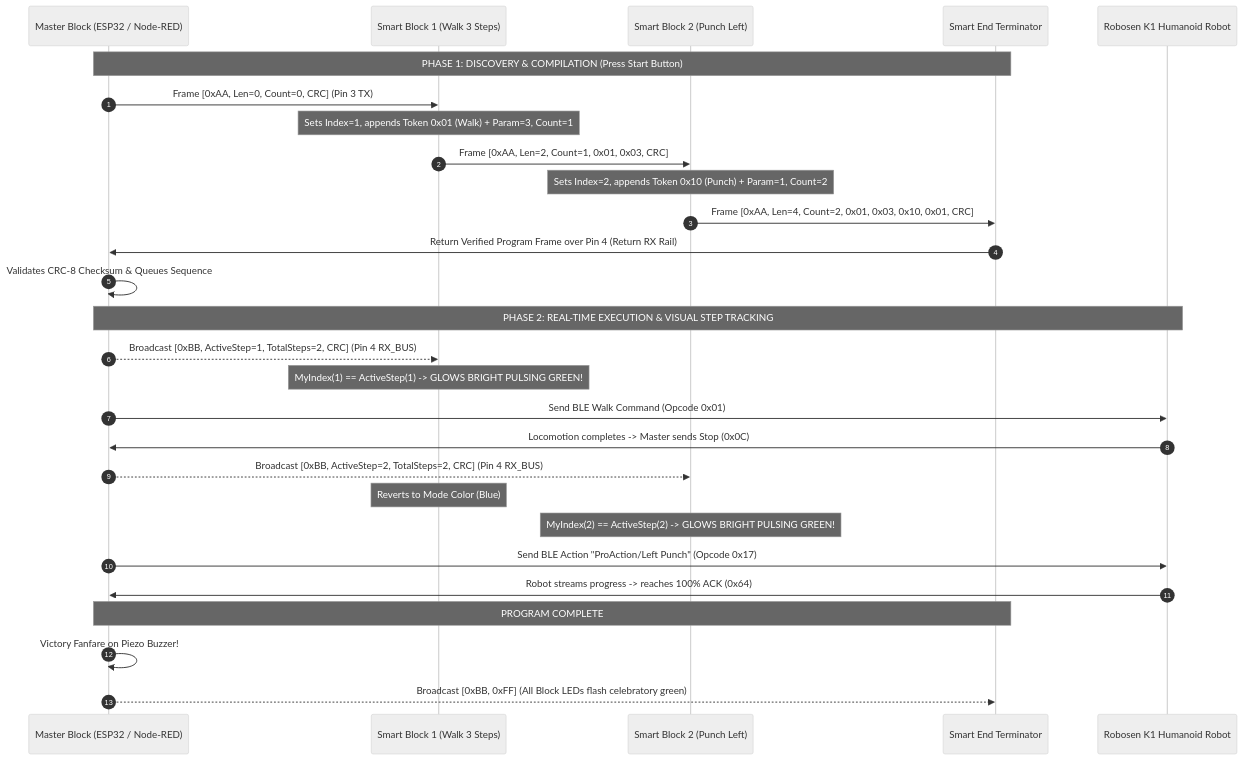
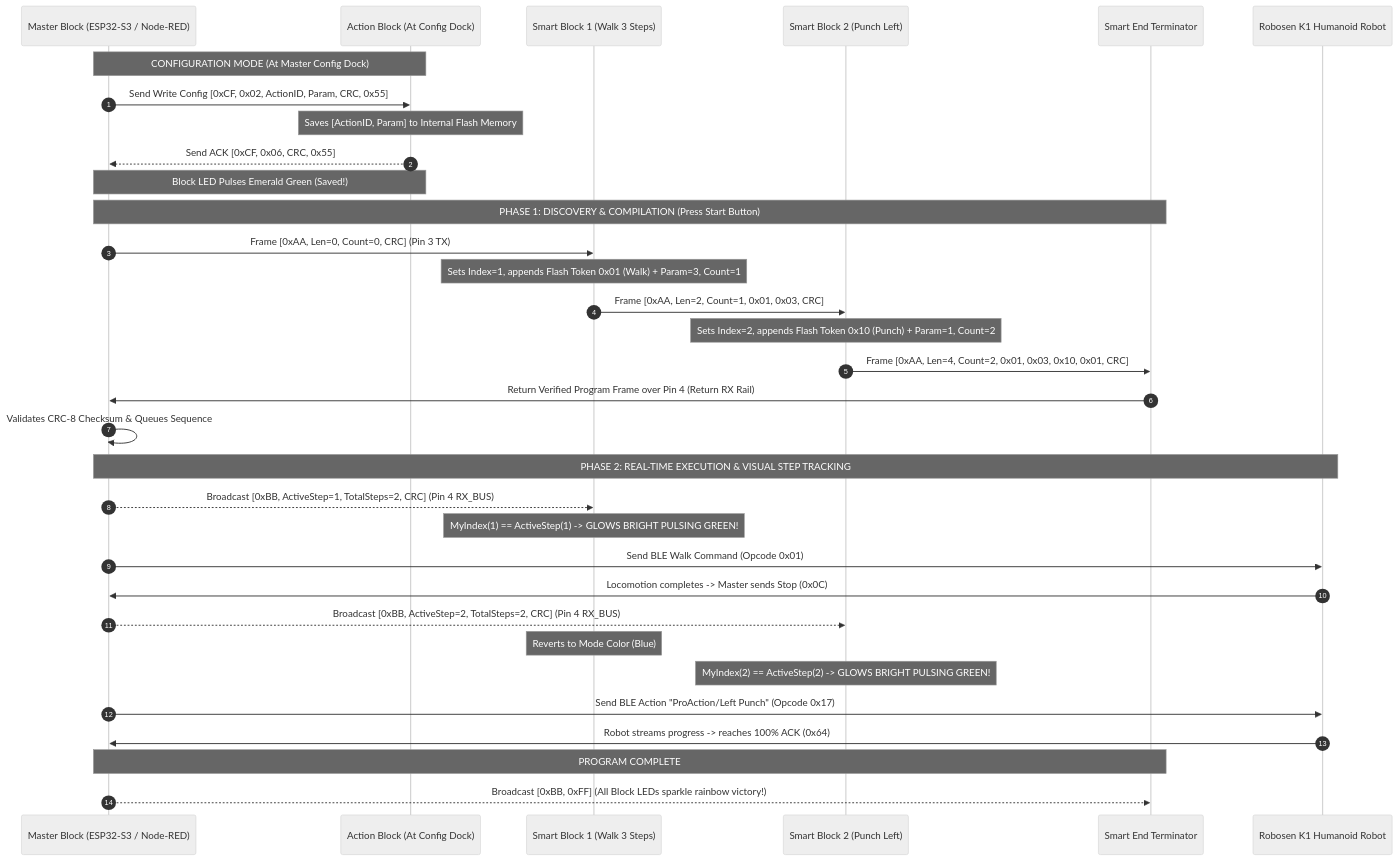
The diagram in README.md (Nantaphat-Yoktaworn/robosen_block), drawn with Mermaid (neutral theme) before and after one commit. The commit also changed other lines of this file and 4 other files, not shown here.

Commit message:
docs: update hardware architecture to Master Config Dock, E-Ink UI, and solid action blocks

````diff
--- a/README.md
+++ b/README.md
@@ -57,34 +58,40 @@
 ```mermaid
 sequenceDiagram
     autonumber
-    participant Master as Master Block (ESP32 / Node-RED)
+    participant Master as Master Block (ESP32-S3 / Node-RED)
+    participant Docked as Action Block (At Config Dock)
     participant B1 as Smart Block 1 (Walk 3 Steps)
     participant B2 as Smart Block 2 (Punch Left)
     participant EndBlock as Smart End Terminator
     participant Robot as Robosen K1 Humanoid Robot
 
+    Note over Master,Docked: CONFIGURATION MODE (At Master Config Dock)
+    Master->>Docked: Send Write Config [0xCF, 0x02, ActionID, Param, CRC, 0x55]
+    Note over Docked: Saves [ActionID, Param] to Internal Flash Memory
+    Docked-->>Master: Send ACK [0xCF, 0x06, CRC, 0x55]
+    Note over Master,Docked: Block LED Pulses Emerald Green (Saved!)
+
     Note over Master,EndBlock: PHASE 1: DISCOVERY & COMPILATION (Press Start Button)
     Master->>B1: Frame [0xAA, Len=0, Count=0, CRC] (Pin 3 TX)
-    Note over B1: Sets Index=1, appends Token 0x01 (Walk) + Param=3, Count=1
+    Note over B1: Sets Index=1, appends Flash Token 0x01 (Walk) + Param=3, Count=1
     B1->>B2: Frame [0xAA, Len=2, Count=1, 0x01, 0x03, CRC]
-    Note over B2: Sets Index=2, appends Token 0x10 (Punch) + Param=1, Count=2
+    Note over B2: Sets Index=2, appends Flash Token 0x10 (Punch) + Param=1, Count=2
     B2->>EndBlock: Frame [0xAA, Len=4, Count=2, 0x01, 0x03, 0x10, 0x01, CRC]
     EndBlock->>Master: Return Verified Program Frame over Pin 4 (Return RX Rail)
     Master->>Master: Validates CRC-8 Checksum & Queues Sequence
 
     Note over Master,Robot: PHASE 2: REAL-TIME EXECUTION & VISUAL STEP TRACKING
     Master-->>B1: Broadcast [0xBB, ActiveStep=1, TotalSteps=2, CRC] (Pin 4 RX_BUS)
     Note over B1: MyIndex(1) == ActiveStep(1) -> GLOWS BRIGHT PULSING GREEN!
     Master->>Robot: Send BLE Walk Command (Opcode 0x01)
     Robot->>Master: Locomotion completes -> Master sends Stop (0x0C)
     
     Master-->>B2: Broadcast [0xBB, ActiveStep=2, TotalSteps=2, CRC] (Pin 4 RX_BUS)
     Note over B1: Reverts to Mode Color (Blue)
     Note over B2: MyIndex(2) == ActiveStep(2) -> GLOWS BRIGHT PULSING GREEN!
     Master->>Robot: Send BLE Action "ProAction/Left Punch" (Opcode 0x17)
     Robot->>Master: Robot streams progress -> reaches 100% ACK (0x64)
 
     Note over Master,EndBlock: PROGRAM COMPLETE
-    Master->>Master: Victory Fanfare on Piezo Buzzer!
-    Master-->>EndBlock: Broadcast [0xBB, 0xFF] (All Block LEDs flash celebratory green)
+    Master-->>EndBlock: Broadcast [0xBB, 0xFF] (All Block LEDs sparkle rainbow victory!)
 ```
````
